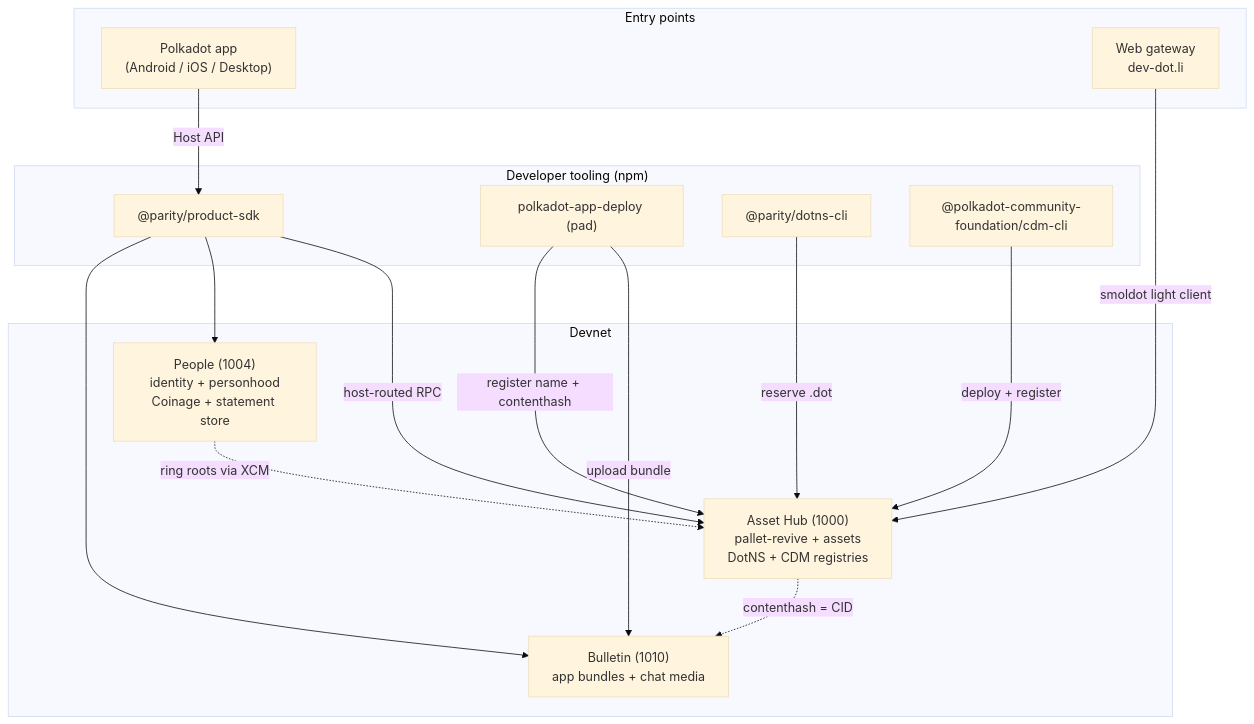
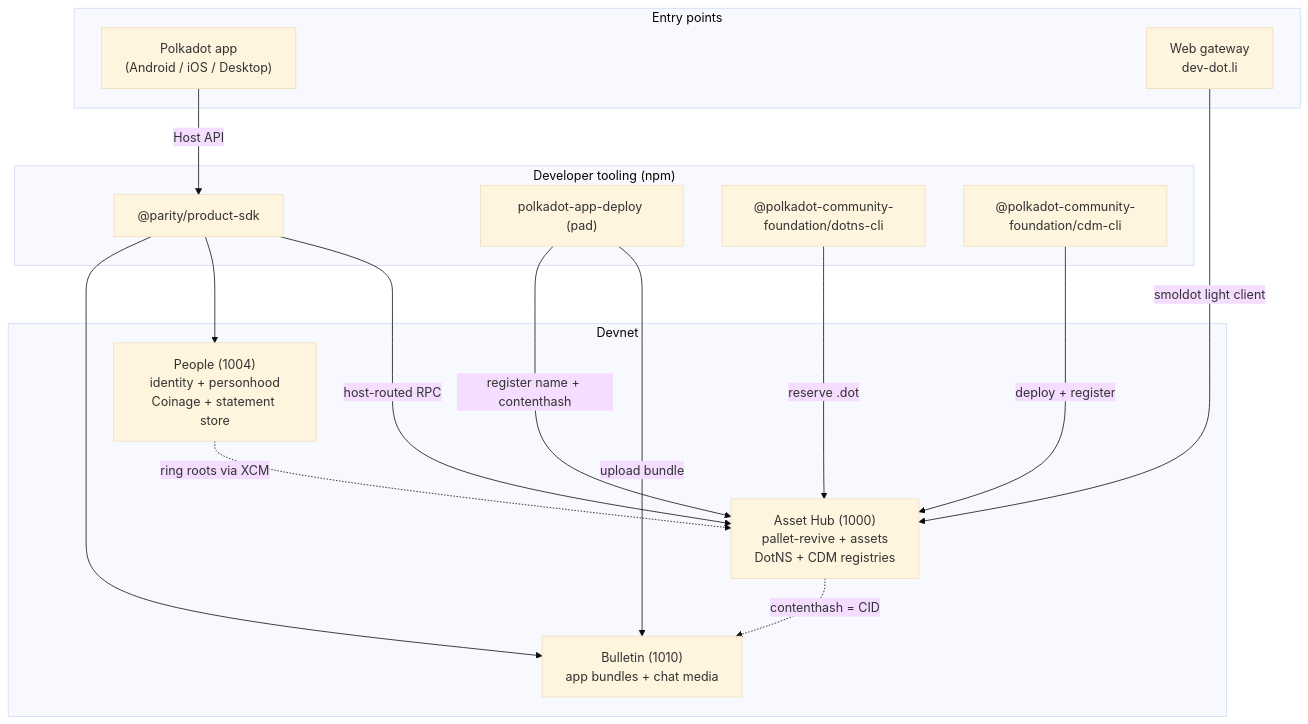
Before and after one commit to Polkadot-Community-Foundation/polkadot-app-docs: the first of 2 diagrams in docs/architecture/index.md, drawn with Mermaid (base theme). The commit also changed other lines of this file and 31 other files, not shown here.

````diff
--- a/docs/architecture/index.md
+++ b/docs/architecture/index.md
@@ -48,34 +48,34 @@
 ```mermaid
 flowchart TD
   subgraph Clients["Entry points"]
     APP["Polkadot app<br/>(Android / iOS / Desktop)"]
     GW["Web gateway<br/>dev-dot.li"]
   end
 
   subgraph Dev["Developer tooling (npm)"]
     SDK["@parity/product-sdk"]
     PAD["polkadot-app-deploy (pad)"]
-    DOTNS["@parity/dotns-cli"]
+    DOTNS["@polkadot-community-foundation/dotns-cli"]
     CDM["@polkadot-community-foundation/cdm-cli"]
   end
 
   subgraph Net["Devnet"]
     AH["Asset Hub (1000)<br/>pallet-revive + assets<br/>DotNS + CDM registries"]
     PEOPLE["People (1004)<br/>identity + personhood<br/>Coinage + statement store"]
     BULLETIN["Bulletin (1010)<br/>app bundles + chat media"]
   end
 
   APP -->|Host API| SDK
   GW -->|smoldot light client| AH
   SDK -->|host-routed RPC| AH
   SDK --> PEOPLE
   SDK --> BULLETIN
 
   PAD -->|upload bundle| BULLETIN
   PAD -->|register name + contenthash| AH
   DOTNS -->|reserve .dot| AH
   CDM -->|deploy + register| AH
 
   AH -.->|contenthash = CID| BULLETIN
   PEOPLE -.->|ring roots via XCM| AH
 ```
````
